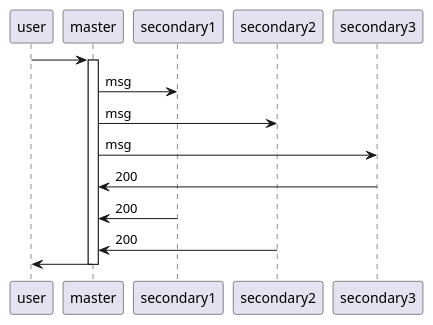
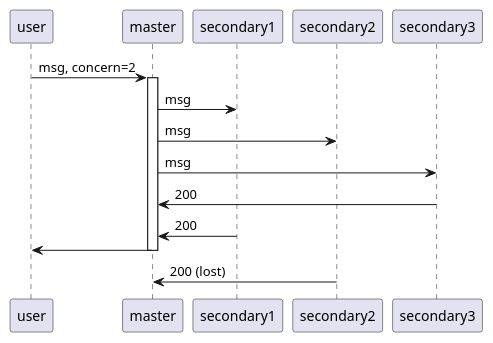
Before and after one commit to aramattamara/uku_replicated_log: the diagram in t.plantuml, drawn with PlantUML.

Commit message:
sequence diagram for v2, add concern=2

```diff
--- a/t.plantuml
+++ b/t.plantuml
@@ -1,18 +1,21 @@
 @startuml
-user -> master
+user -> master: msg, concern=2
 
 activate master
 master -> secondary1: msg
 master -> secondary2: msg
 master -> secondary3: msg
 
 'as_completed
 
 master <- secondary3 : 200
 master <- secondary1 : 200
-master <- secondary2 : 200
 
+'2 responses received, concern=2, returning
 user  <- master
 deactivate master
 
+master <- secondary2 : 200 (lost)
+
+
 @enduml
```
